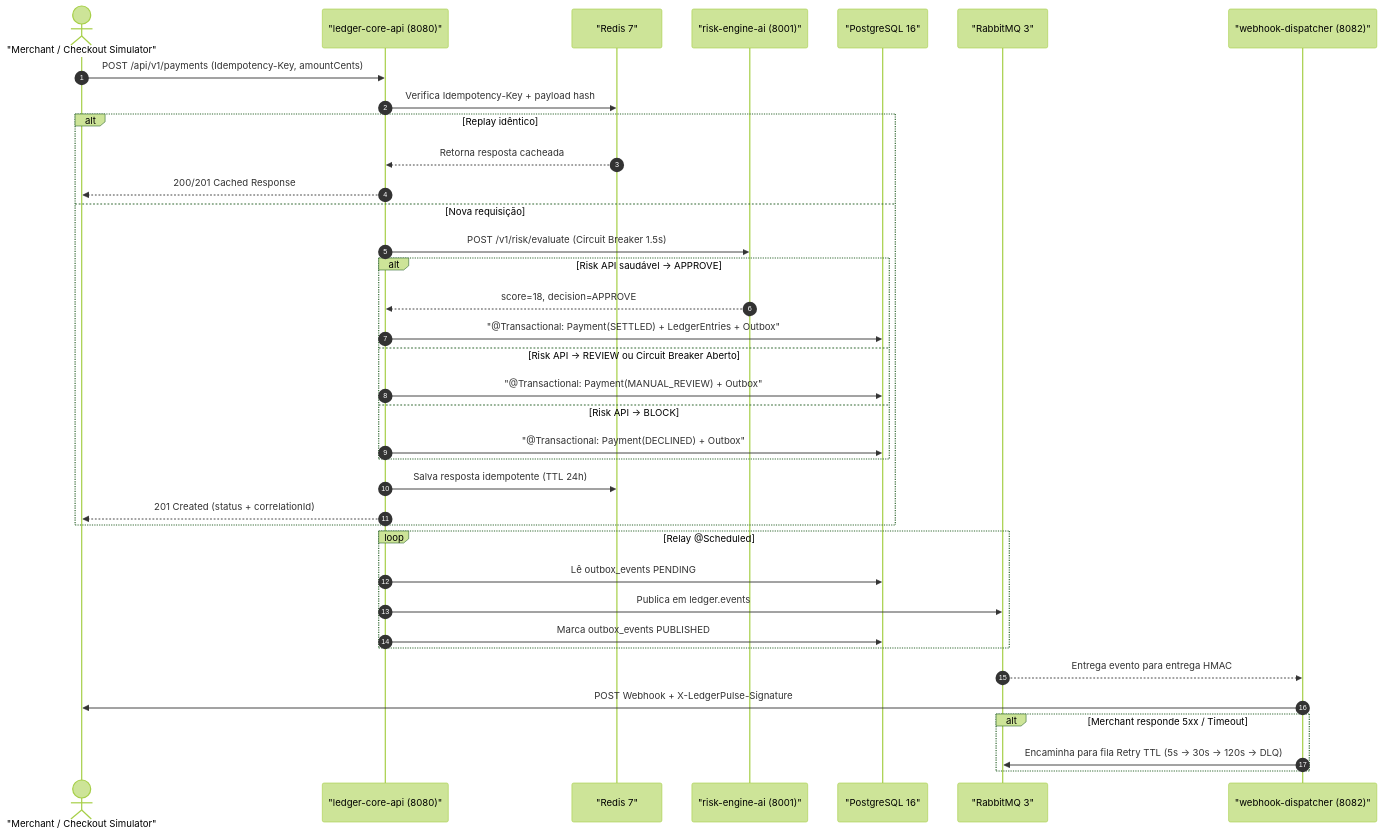
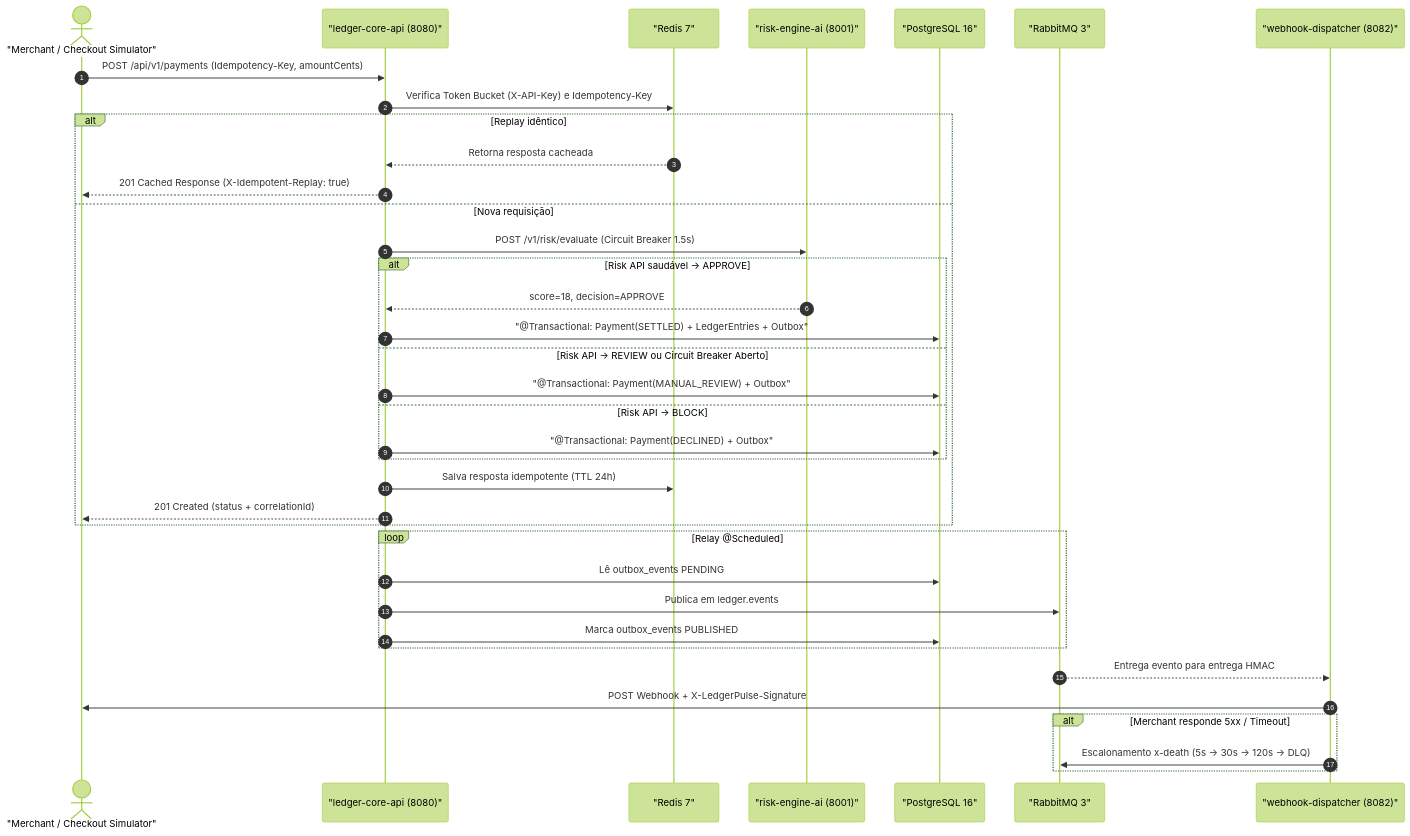
Before and after one commit to AlissonPazLopes/ledgerpulse-platform: the fourth of 5 diagrams in docs/architecture/00-visao-arquitetural.md, drawn with Mermaid (forest theme). The commit also changed other lines of this file and 1 other file, not shown here.

Commit message:
docs(architecture): finalize C4 diagrams, custom metrics catalog and troubleshooting guide

````diff
--- a/docs/architecture/00-visao-arquitetural.md
+++ b/docs/architecture/00-visao-arquitetural.md
@@ -52,42 +102,42 @@
 ```mermaid
 sequenceDiagram
     autonumber
     actor Merchant as "Merchant / Checkout Simulator"
     participant Core as "ledger-core-api (8080)"
     participant Redis as "Redis 7"
     participant Risk as "risk-engine-ai (8001)"
     participant PG as "PostgreSQL 16"
     participant RMQ as "RabbitMQ 3"
     participant Hook as "webhook-dispatcher (8082)"
 
     Merchant->>Core: POST /api/v1/payments (Idempotency-Key, amountCents)
-    Core->>Redis: Verifica Idempotency-Key + payload hash
+    Core->>Redis: Verifica Token Bucket (X-API-Key) e Idempotency-Key
     alt Replay idêntico
         Redis-->>Core: Retorna resposta cacheada
-        Core-->>Merchant: 200/201 Cached Response
+        Core-->>Merchant: 201 Cached Response (X-Idempotent-Replay: true)
     else Nova requisição
         Core->>Risk: POST /v1/risk/evaluate (Circuit Breaker 1.5s)
         alt Risk API saudável -> APPROVE
             Risk-->>Core: score=18, decision=APPROVE
             Core->>PG: "@Transactional: Payment(SETTLED) + LedgerEntries + Outbox"
         else Risk API -> REVIEW ou Circuit Breaker Aberto
             Core->>PG: "@Transactional: Payment(MANUAL_REVIEW) + Outbox"
         else Risk API -> BLOCK
             Core->>PG: "@Transactional: Payment(DECLINED) + Outbox"
         end
         Core->>Redis: Salva resposta idempotente (TTL 24h)
         Core-->>Merchant: 201 Created (status + correlationId)
     end
 
     loop Relay @Scheduled
         Core->>PG: Lê outbox_events PENDING
         Core->>RMQ: Publica em ledger.events
         Core->>PG: Marca outbox_events PUBLISHED
     end
 
     RMQ-->>Hook: Entrega evento para entrega HMAC
     Hook->>Merchant: POST Webhook + X-LedgerPulse-Signature
     alt Merchant responde 5xx / Timeout
-        Hook->>RMQ: Encaminha para fila Retry TTL (5s -> 30s -> 120s -> DLQ)
+        Hook->>RMQ: Escalonamento x-death (5s -> 30s -> 120s -> DLQ)
     end
 ```
````
